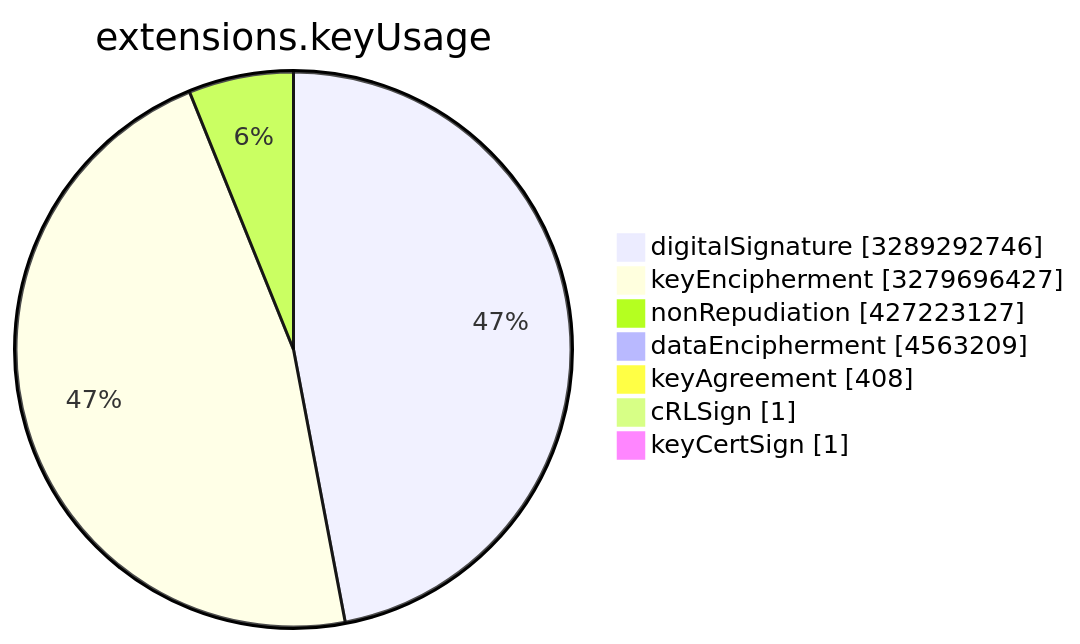
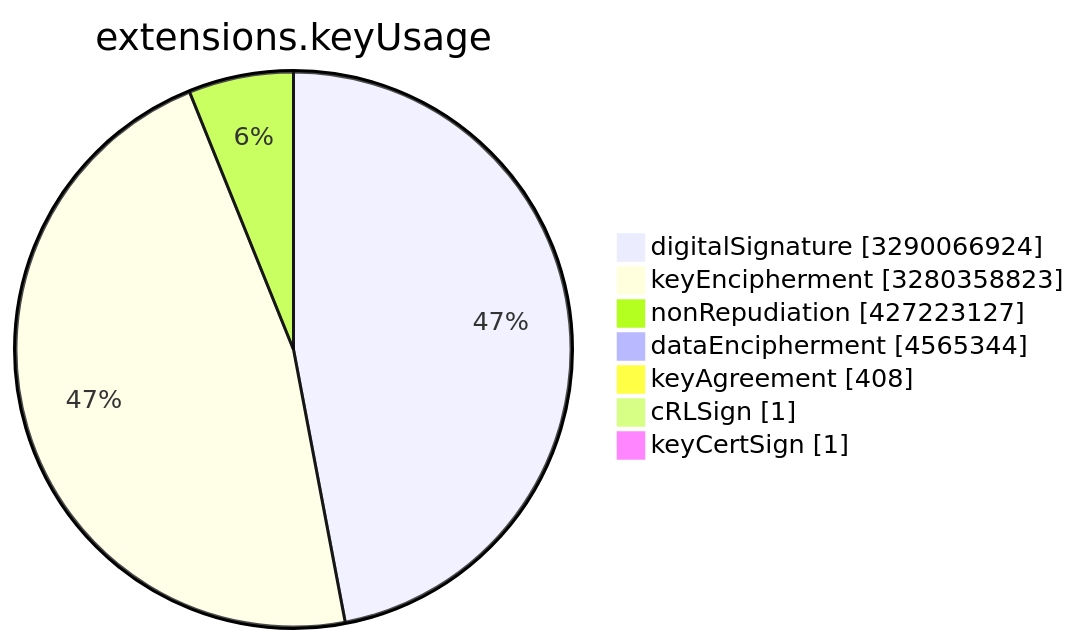
The sixth of 15 diagrams in TOTAL/README.md (christiankrug/ctmonitor_visualization), drawn with Mermaid before and after one commit. The commit also changed other lines of this file, not shown here.

````diff
--- a/TOTAL/README.md
+++ b/TOTAL/README.md
@@ -3078,11 +3078,11 @@
 ```mermaid
 pie showData
 title extensions.keyUsage
-"digitalSignature" :3289292746
-"keyEncipherment" :3279696427
+"digitalSignature" :3290066924
+"keyEncipherment" :3280358823
 "nonRepudiation" :427223127
-"dataEncipherment" :4563209
+"dataEncipherment" :4565344
 "keyAgreement" :408
 "cRLSign" :1
 "keyCertSign" :1
 ```
````
